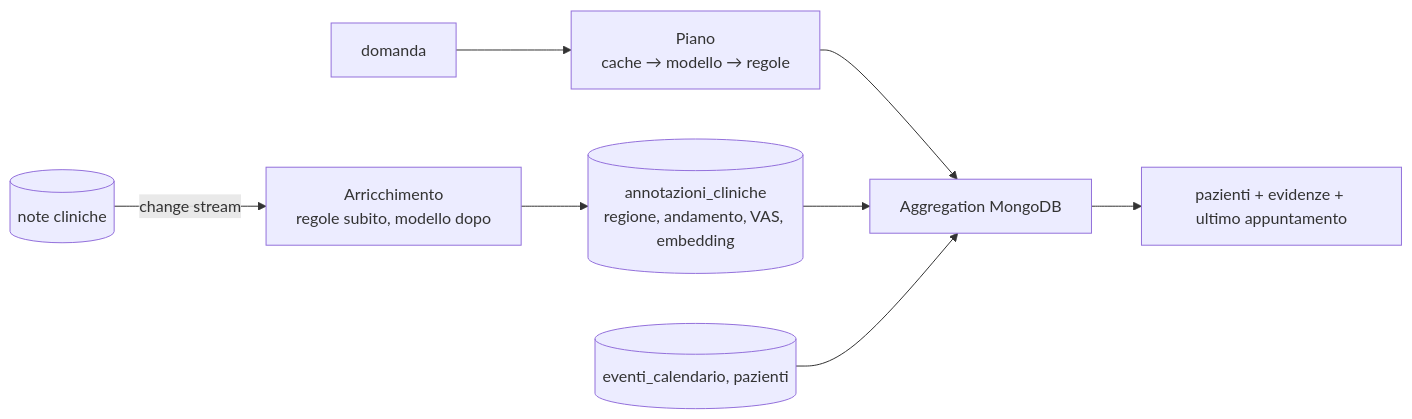
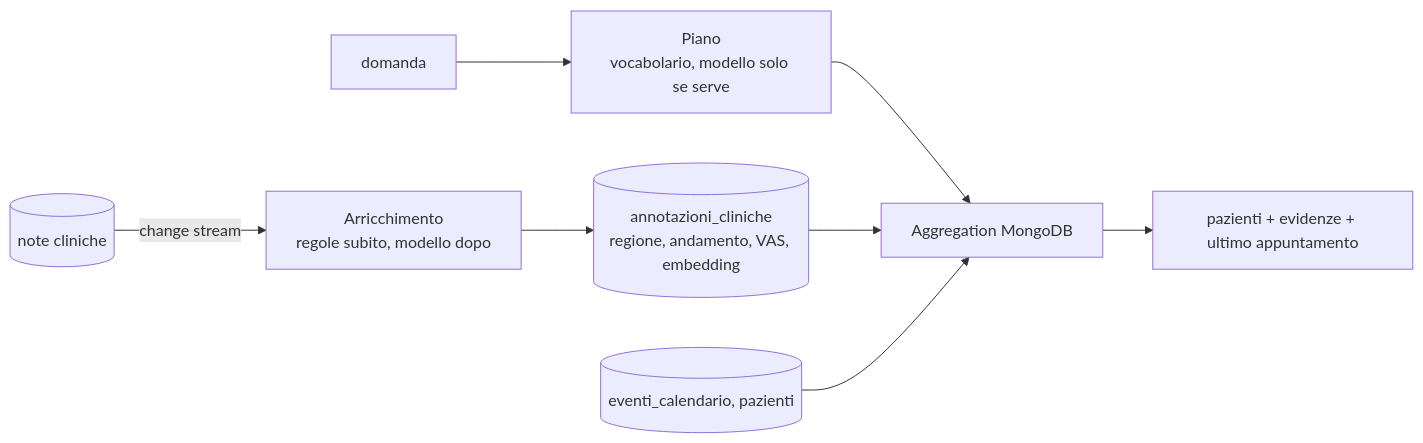
Before and after one commit to simplayy/fisiodesk-ai-healthcare: the diagram in README.md, drawn with Mermaid. The commit also changed other lines of this file and 13 other files, not shown here.

````diff
--- a/README.md
+++ b/README.md
@@ -76,10 +77,10 @@
 ```mermaid
 flowchart LR
     N[(note cliniche)] -->|change stream| E[Arricchimento<br/>regole subito, modello dopo]
     E --> A[(annotazioni_cliniche<br/>regione, andamento, VAS, embedding)]
-    Q[domanda] --> P[Piano<br/>cache → modello → regole]
+    Q[domanda] --> P[Piano<br/>vocabolario, modello solo se serve]
     P --> M[Aggregation MongoDB]
     A --> M
     C[(eventi_calendario, pazienti)] --> M
     M --> R[pazienti + evidenze + ultimo appuntamento]
 ```
````
